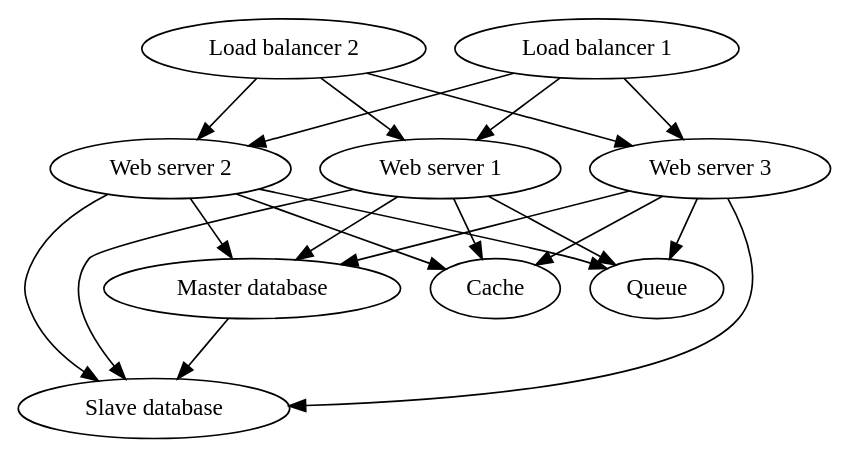
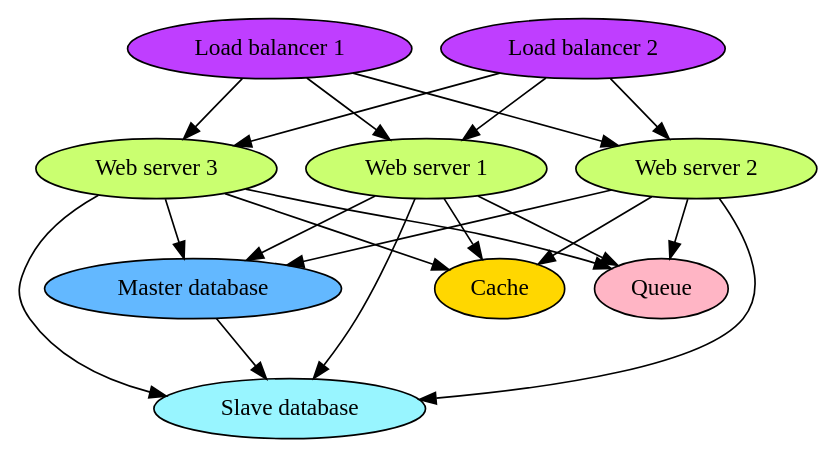
One commit to jonathanslenders/python-deployer changed the second of 4 diagrams in docs/pages/architecture_of_roles_and_nodes.rst. Above: the diagram before and after it, drawn with Graphviz. The commit also changed other lines of this file, not shown here.

Commit message:
colours and typo fixes in graphs.

```diff
--- a/docs/pages/architecture_of_roles_and_nodes.rst
+++ b/docs/pages/architecture_of_roles_and_nodes.rst
@@ -28,23 +35,33 @@
 .. graphviz::
 
    digraph web_components {
+       "Load balancer 1" [style=filled, fillcolor=darkorchid1];
+       "Load balancer 2" [style=filled, fillcolor=darkorchid1];
+       "Web server 1" [style=filled, fillcolor=darkolivegreen1];
+       "Web server 2" [style=filled, fillcolor=darkolivegreen1];
+       "Web server 3" [style=filled, fillcolor=darkolivegreen1];
+       "Cache" [style=filled, fillcolor=gold1];
+       "Queue" [style=filled, fillcolor=pink1];
+       "Master database" [style=filled, fillcolor=steelblue1];
+       "Slave database" [style=filled, fillcolor=cadetblue1];
+
        "Load balancer 1" -> "Web server 1";
        "Load balancer 1" -> "Web server 2";
        "Load balancer 1" -> "Web server 3";
        "Load balancer 2" -> "Web server 1";
        "Load balancer 2" -> "Web server 2";
        "Load balancer 2" -> "Web server 3";
        "Web server 1" -> "Master database";
        "Web server 1" -> "Slave database";
        "Web server 1" -> "Cache";
        "Web server 1" -> "Queue";
        "Web server 2" -> "Master database";
        "Web server 2" -> "Slave database";
        "Web server 2" -> "Cache";
        "Web server 2" -> "Queue";
        "Web server 3" -> "Master database";
        "Web server 3" -> "Slave database";
        "Web server 3" -> "Cache";
        "Web server 3" -> "Queue";
        "Master database" -> "Slave database";
    }
```
